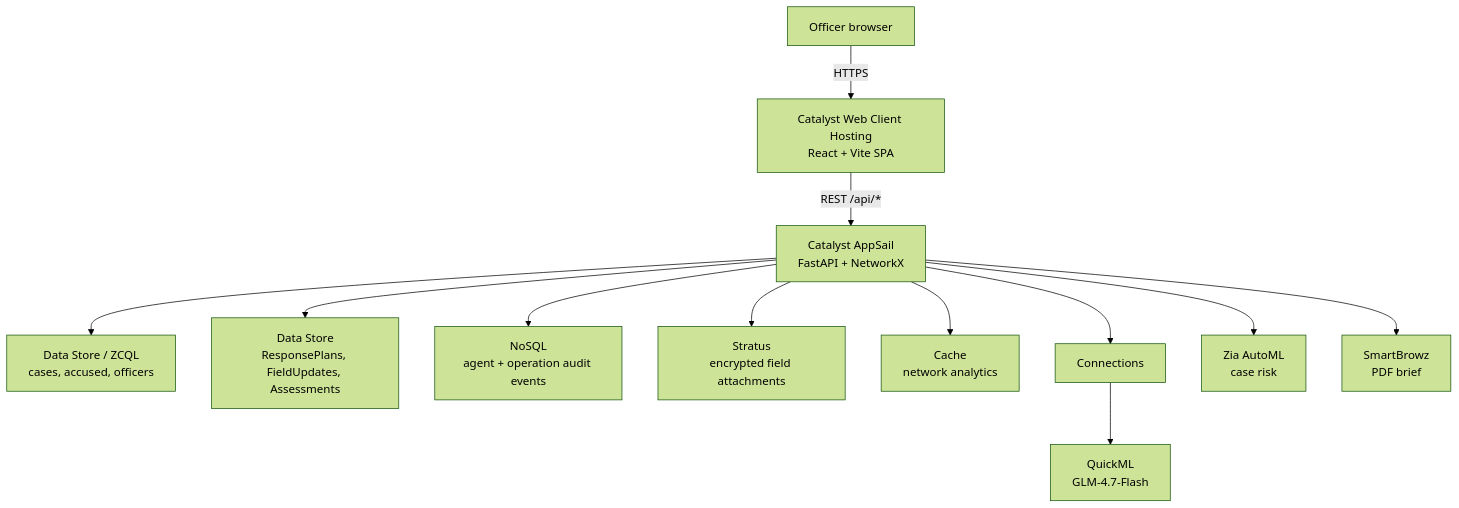
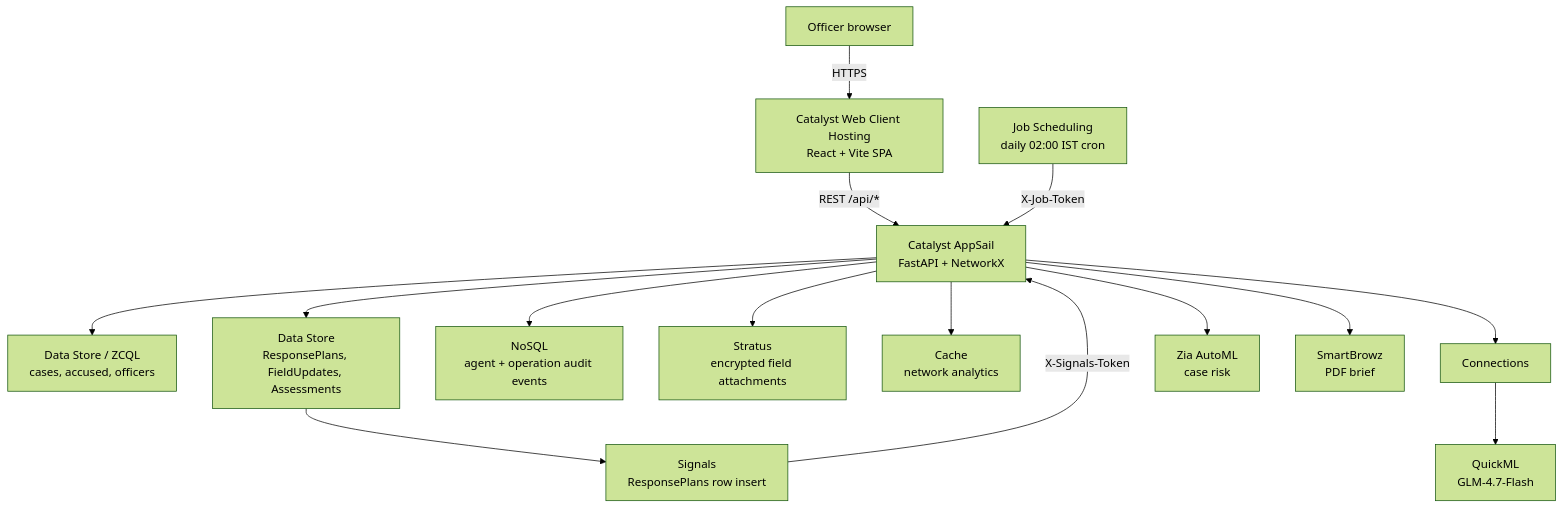
The diagram in README.md (akanthed/Project-Garuda), drawn with Mermaid (forest theme) before and after one commit. The commit also changed other lines of this file and 3 other files, not shown here.

Commit message:
feat: implement job scheduling automation and ensure idempotent setup for operation maintenance cron

````diff
--- a/README.md
+++ b/README.md
@@ -74,13 +74,15 @@
 ```mermaid
 flowchart TD
     U["Officer browser"] -->|HTTPS| WC["Catalyst Web Client Hosting<br/>React + Vite SPA"]
     WC -->|REST /api/*| AS["Catalyst AppSail<br/>FastAPI + NetworkX"]
     AS --> DS["Data Store / ZCQL<br/>cases, accused, officers"]
     AS --> OP["Data Store<br/>ResponsePlans, FieldUpdates, Assessments"]
     AS --> NS["NoSQL<br/>agent + operation audit events"]
     AS --> ST["Stratus<br/>encrypted field attachments"]
     AS --> CA["Cache<br/>network analytics"]
     AS --> CN["Connections"] --> QM["QuickML<br/>GLM-4.7-Flash"]
     AS --> ZA["Zia AutoML<br/>case risk"]
     AS --> SB["SmartBrowz<br/>PDF brief"]
+    JS["Job Scheduling<br/>daily 02:00 IST cron"] -->|X-Job-Token| AS
+    OP --> SG["Signals<br/>ResponsePlans row insert"] -->|X-Signals-Token| AS
 ```
````
